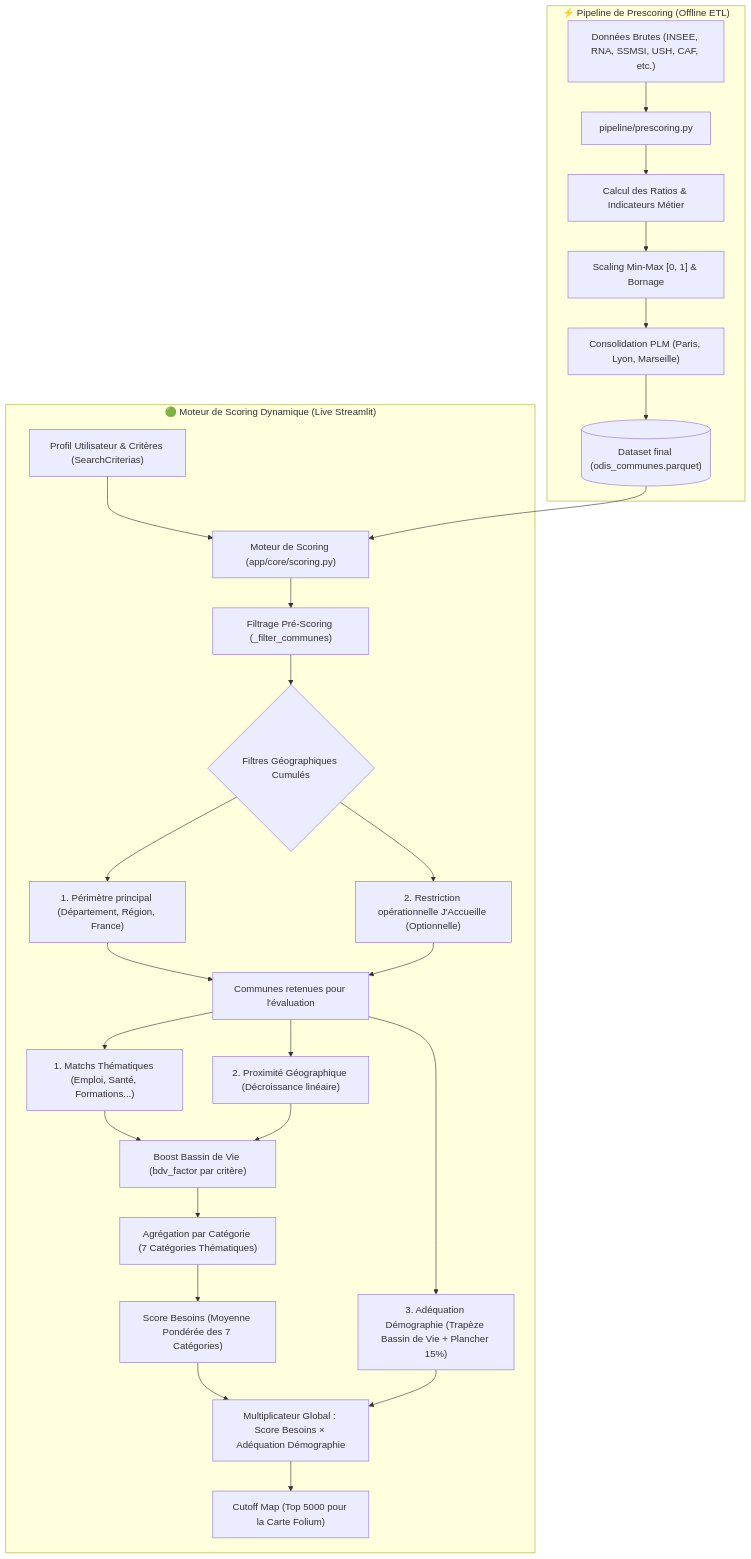
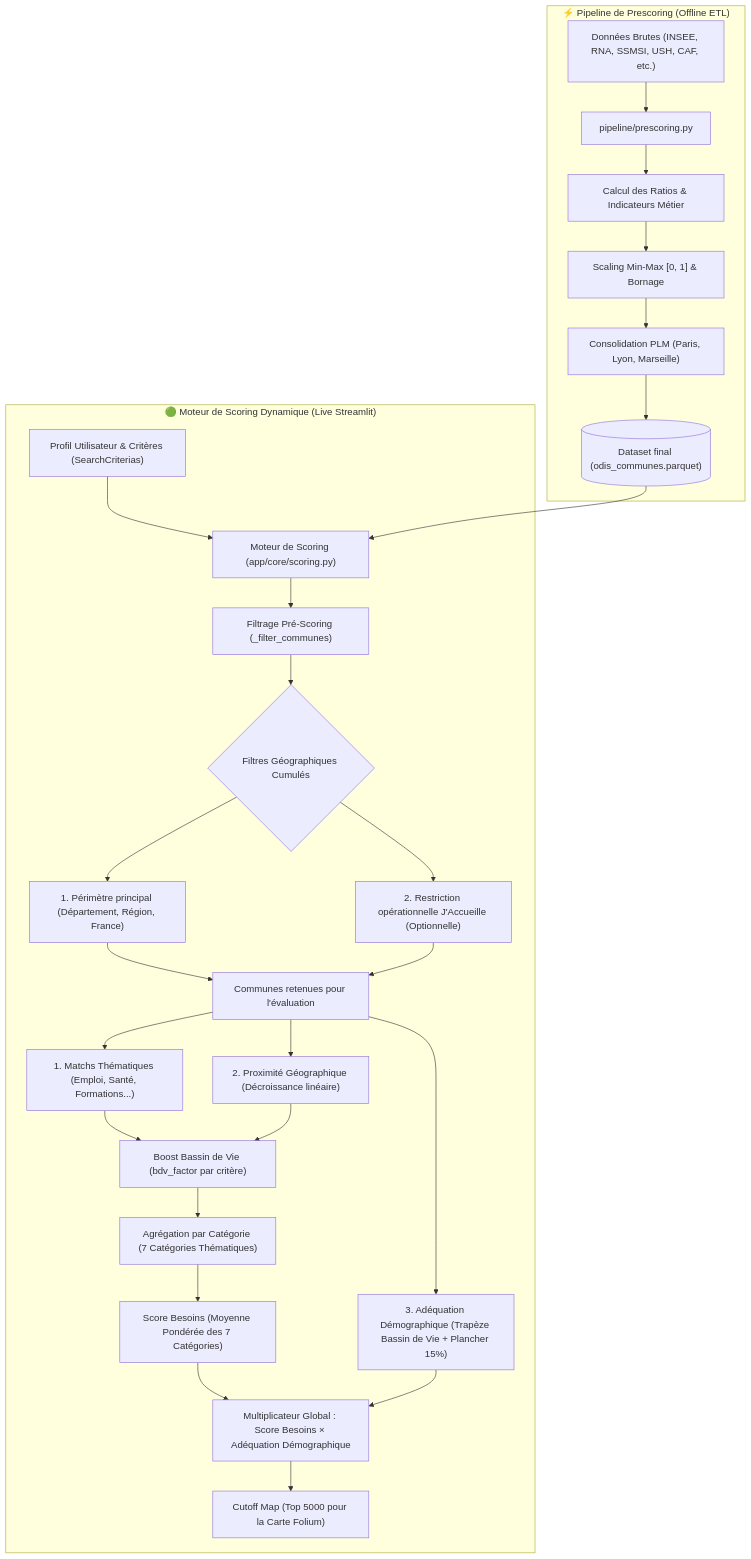
Before and after one commit to jbesan/13_odis_stream2: the diagram in SCORING.md, drawn with Mermaid. The commit also changed other lines of this file and 10 other files, not shown here.

````diff
--- a/SCORING.md
+++ b/SCORING.md
@@ -17,43 +17,43 @@
 ```mermaid
 graph TD
     %% Offline Pipeline (Pre-scoring)
     subgraph Offline ["⚡ Pipeline de Prescoring (Offline ETL)"]
         A["Données Brutes (INSEE, RNA, SSMSI, USH, CAF, etc.)"] --> B["pipeline/prescoring.py"]
         B --> C["Calcul des Ratios & Indicateurs Métier"]
         C --> D["Scaling Min-Max [0, 1] & Bornage"]
         D --> E["Consolidation PLM (Paris, Lyon, Marseille)"]
         E --> F[("Dataset final (odis_communes.parquet)")]
     end
 
     %% Online Engine (Live-scoring)
     subgraph Online ["🟢 Moteur de Scoring Dynamique (Live Streamlit)"]
         G["Profil Utilisateur & Critères (SearchCriterias)"] --> H["Moteur de Scoring (app/core/scoring.py)"]
         F --> H
         
         %% Filtering
         H --> H1["Filtrage Pré-Scoring (_filter_communes)"]
         H1 --> H2{"Filtres Géographiques Cumulés"}
         
         %% Geographic filters
         H2 --> H2a["1. Périmètre principal (Département, Région, France)"]
         H2 --> H2b["2. Restriction opérationnelle J'Accueille (Optionnelle)"]
         
         H2a & H2b --> H3["Communes retenues pour l'évaluation"]
         
         %% Dynamic Calculations
         H3 --> I1["1. Matchs Thématiques (Emploi, Santé, Formations...)"]
         H3 --> I2["2. Proximité Géographique (Décroissance linéaire)"]
-        H3 --> I3["3. Adéquation Démographie (Trapèze Bassin de Vie + Plancher 15%)"]
+        H3 --> I3["3. Adéquation Démographique (Trapèze Bassin de Vie + Plancher 15%)"]
         
         %% BdV Boost on domain criteria
         I1 & I2 --> J["Boost Bassin de Vie (bdv_factor par critère)"]
         
         %% Category aggregation
         J --> K["Agrégation par Catégorie (7 Catégories Thématiques)"]
         K --> L["Score Besoins (Moyenne Pondérée des 7 Catégories)"]
         
         %% Global Multiplier
-        L & I3 --> M["Multiplicateur Global : Score Besoins × Adéquation Démographie"]
+        L & I3 --> M["Multiplicateur Global : Score Besoins × Adéquation Démographique"]
         M --> N["Cutoff Map (Top 5000 pour la Carte Folium)"]
     end
 ```
````
